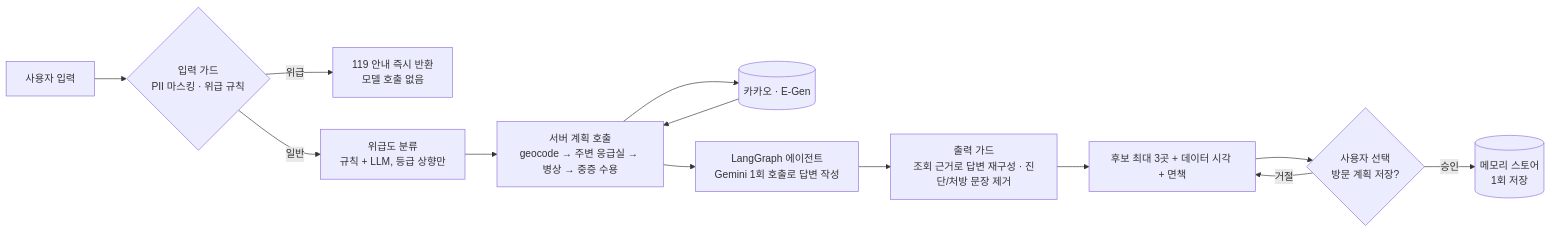
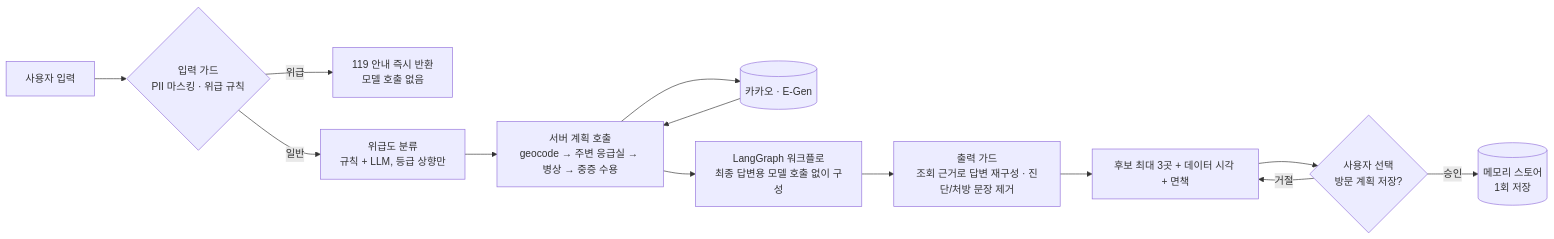
One commit to Yelli915/er-agent changed the diagram in README.md. Above: the diagram before and after it, drawn with Mermaid. The commit also changed other lines of this file and 31 other files, not shown here.

````diff
--- a/README.md
+++ b/README.md
@@ -46,15 +58,15 @@
 ```mermaid
 flowchart LR
     U[사용자 입력] --> G{입력 가드<br/>PII 마스킹 · 위급 규칙}
     G -- 위급 --> E[119 안내 즉시 반환<br/>모델 호출 없음]
     G -- 일반 --> T[위급도 분류<br/>규칙 + LLM, 등급 상향만]
     T --> P[서버 계획 호출<br/>geocode → 주변 응급실 → 병상 → 중증 수용]
     P --> A[(카카오 · E-Gen)]
     A --> P
-    P --> L[LangGraph 에이전트<br/>Gemini 1회 호출로 답변 작성]
+    P --> L[LangGraph 워크플로<br/>최종 답변용 모델 호출 없이 구성]
     L --> V[출력 가드<br/>조회 근거로 답변 재구성 · 진단/처방 문장 제거]
     V --> R[후보 최대 3곳 + 데이터 시각 + 면책]
     R --> H{사용자 선택<br/>방문 계획 저장?}
     H -- 승인 --> M[(메모리 스토어<br/>1회 저장)]
     H -- 거절 --> R
 ```
````
